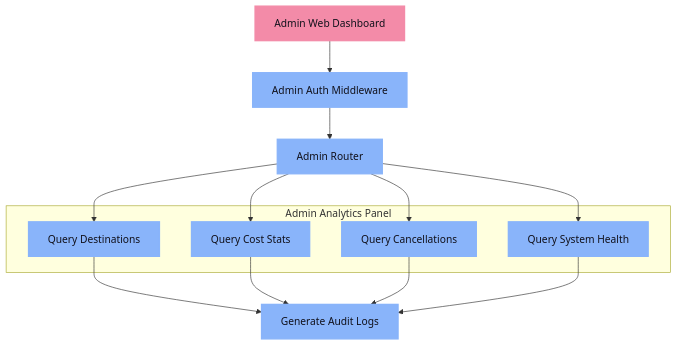
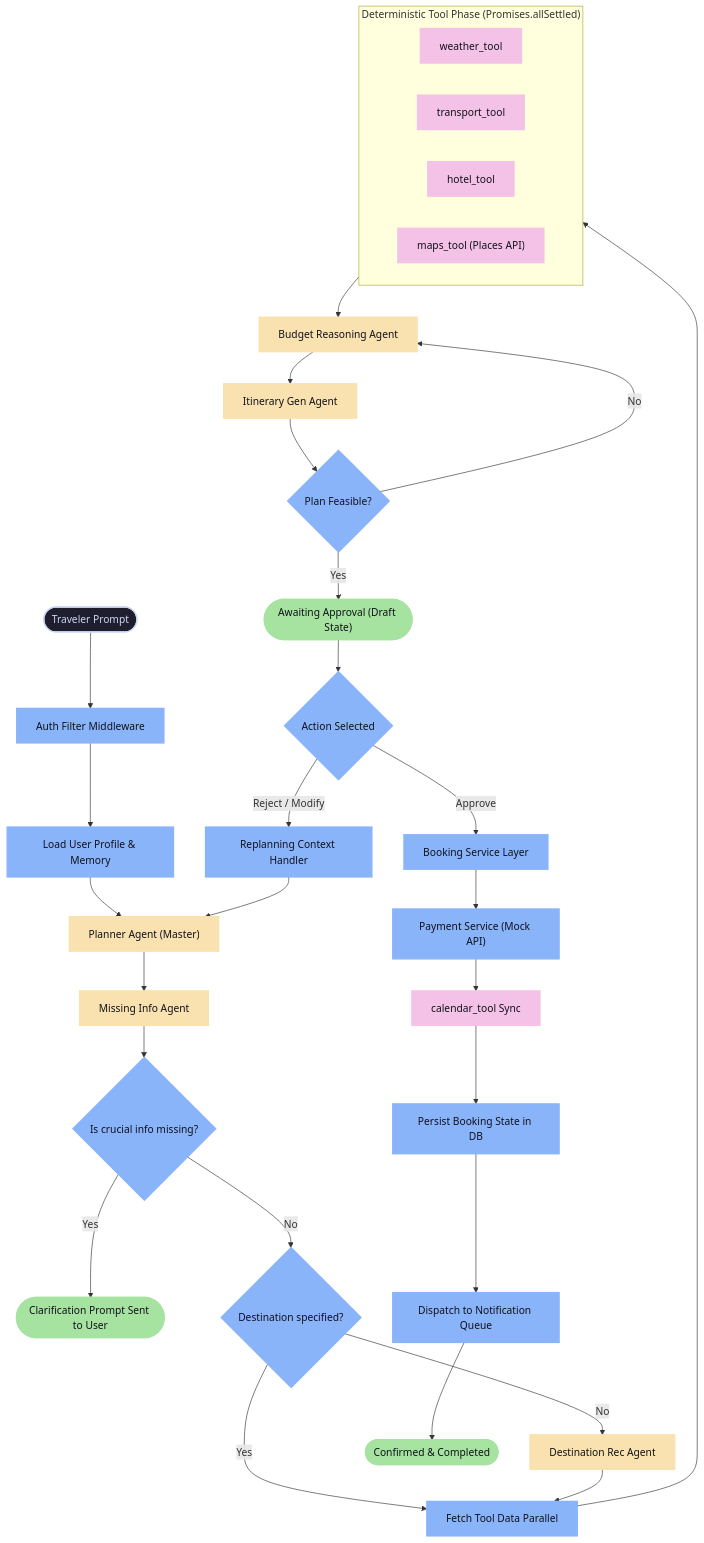
One commit to Dhayananth1511/CapStoneProject_Presidio_InternShip changed the third of 12 diagrams in README.md. Above: the diagram before and after it, drawn with Mermaid. The commit also changed other lines of this file, not shown here.

Commit message:
Final Flow Chart

````diff
--- a/README.md
+++ b/README.md
@@ -125,27 +205,50 @@
 ```mermaid
 graph TD
     classDef default fill:#1e1e2e,stroke:#cdd6f4,stroke-width:2px,color:#cdd6f4;
     classDef startEnd fill:#a6e3a1,stroke:#a6e3a1,stroke-width:2px,color:#11111b;
-    classDef process fill:#89b4fa,stroke:#89b4fa,stroke-width:2px,color:#11111b;
-    classDef admin fill:#f38ba8,stroke:#f38ba8,stroke-width:2px,color:#11111b;
+    classDef service fill:#89b4fa,stroke:#89b4fa,stroke-width:2px,color:#11111b;
+    classDef agent fill:#f9e2af,stroke:#f9e2af,stroke-width:2px,color:#11111b;
+    classDef tool fill:#f5c2e7,stroke:#f5c2e7,stroke-width:2px,color:#11111b;
 
-    Admin["Admin Web Dashboard"]:::admin --> Auth["Admin Auth Middleware"]:::process
-    Auth --> DashboardREST["Admin Router"]:::process
+    UserStart([Traveler Prompt]) --> AuthCheck["Auth Filter Middleware"]:::service
+    AuthCheck --> LoadSession["Load User Profile & Memory"]:::service
+
+    LoadSession --> MasterPlanner["Planner Agent (Master)"]:::agent
+    MasterPlanner --> CheckMissing["Missing Info Agent"]:::agent
+
+    CheckMissing --> IsComplete{"Is crucial info missing?"}:::service
+    IsComplete -->|Yes| ClarifyPrompt(["Clarification Prompt Sent to User"]):::startEnd
+    IsComplete -->|No| DestinationRec{"Destination specified?"}:::service
+
+    DestinationRec -->|No| DestRecAgent["Destination Rec Agent"]:::agent
+    DestinationRec -->|Yes| FetchParallel["Fetch Tool Data Parallel"]:::service
+
+    DestRecAgent --> FetchParallel
     
-    subgraph Metrics ["Admin Analytics Panel"]
-        PopularDest["Query Destinations"]:::process
-        Stats["Query Cost Stats"]:::process
-        CancelRate["Query Cancellations"]:::process
-        Telemetry["Query System Health"]:::process
+    subgraph ParallelInfoGathering ["Deterministic Tool Phase (Promises.allSettled)"]
+        Weather["weather_tool"]:::tool
+        Transit["transport_tool"]:::tool
+        Hotel["hotel_tool"]:::tool
+        Activities["maps_tool (Places API)"]:::tool
     end
-    
-    DashboardREST --> PopularDest
-    DashboardREST --> Stats
-    DashboardREST --> CancelRate
-    DashboardREST --> Telemetry
-    
-    PopularDest --> Audit["Generate Audit Logs"]:::process
-    Stats --> Audit
-    CancelRate --> Audit
-    Telemetry --> Audit
+
+    FetchParallel --> ParallelInfoGathering
+    ParallelInfoGathering --> BudgetAgent["Budget Reasoning Agent"]:::agent
+    BudgetAgent --> ItinAgent["Itinerary Gen Agent"]:::agent
+
+    ItinAgent --> ConfirmPlan{"Plan Feasible?"}:::service
+    ConfirmPlan -->|No| BudgetAgent
+    ConfirmPlan -->|Yes| UserReview(["Awaiting Approval (Draft State)"]):::startEnd
+
+    UserReview --> ReviewConfirm{"Action Selected"}:::service
+    ReviewConfirm -->|Approve| BookingService["Booking Service Layer"]:::service
+    ReviewConfirm -->|Reject / Modify| ReplanningLogic["Replanning Context Handler"]:::service
+
+    ReplanningLogic --> MasterPlanner
+
+    BookingService --> Payments["Payment Service (Mock API)"]:::service
+    Payments --> Calendar["calendar_tool Sync"]:::tool
+    Calendar --> SaveToDB["Persist Booking State in DB"]:::service
+    SaveToDB --> NotifyQueue["Dispatch to Notification Queue"]:::service
+    NotifyQueue --> CompletedState([Confirmed & Completed]):::startEnd
 ```
````
